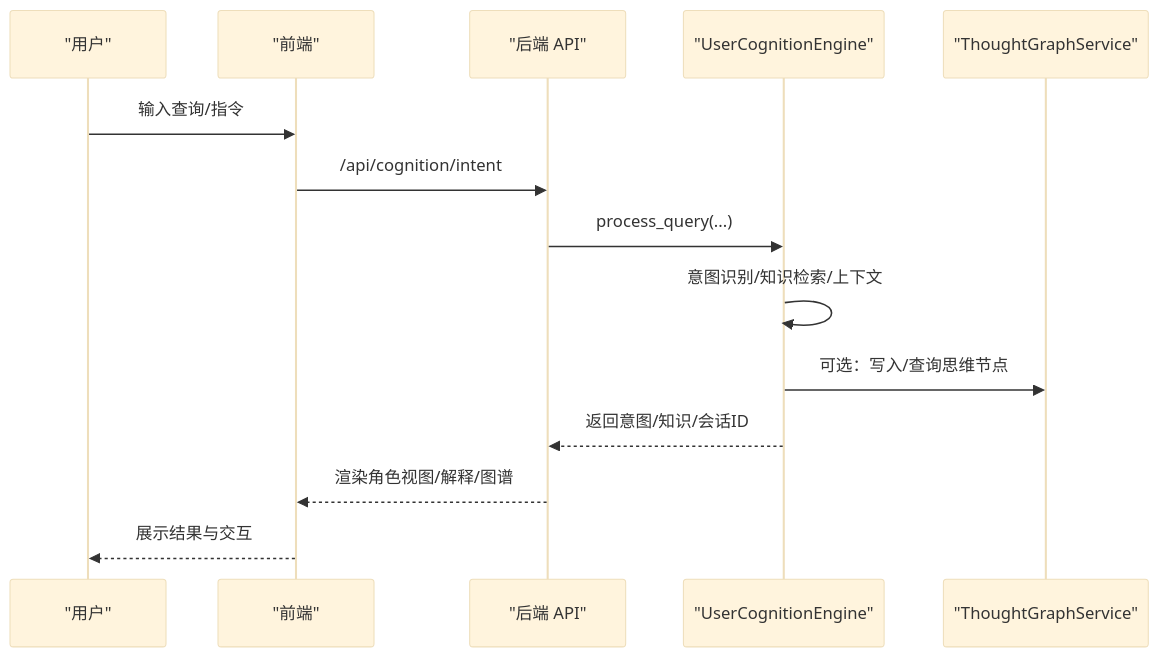
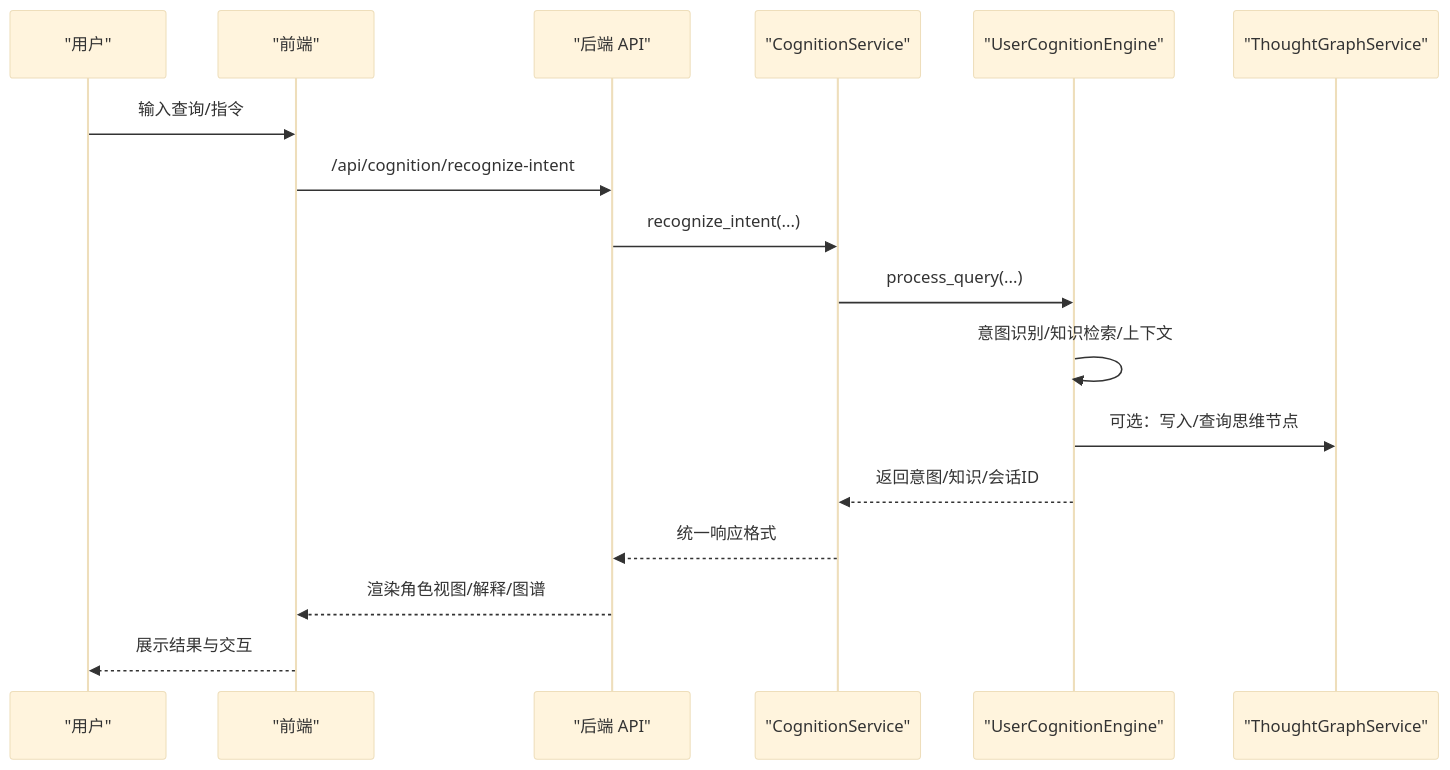
The eighth of 8 diagrams in .qoder/repowiki/zh/content/核心模块/核心领域模块/认知引擎.md (inier/ontology-graphiti), drawn with Mermaid (base theme) before and after one commit. The commit also changed other lines of this file and 64 other files, not shown here.

````diff
--- a/.qoder/repowiki/zh/content/核心模块/核心领域模块/认知引擎.md
+++ b/.qoder/repowiki/zh/content/核心模块/核心领域模块/认知引擎.md
@@ -425,16 +499,19 @@
 ```mermaid
 sequenceDiagram
 participant User as "用户"
 participant FE as "前端"
 participant API as "后端 API"
+participant CS as "CognitionService"
 participant UCE as "UserCognitionEngine"
 participant TGS as "ThoughtGraphService"
 User->>FE : 输入查询/指令
-FE->>API : /api/cognition/intent
-API->>UCE : process_query(...)
+FE->>API : /api/cognition/recognize-intent
+API->>CS : recognize_intent(...)
+CS->>UCE : process_query(...)
 UCE->>UCE : 意图识别/知识检索/上下文
 UCE->>TGS : 可选：写入/查询思维节点
-UCE-->>API : 返回意图/知识/会话ID
+UCE-->>CS : 返回意图/知识/会话ID
+CS-->>API : 统一响应格式
 API-->>FE : 渲染角色视图/解释/图谱
 FE-->>User : 展示结果与交互
 ```
````
